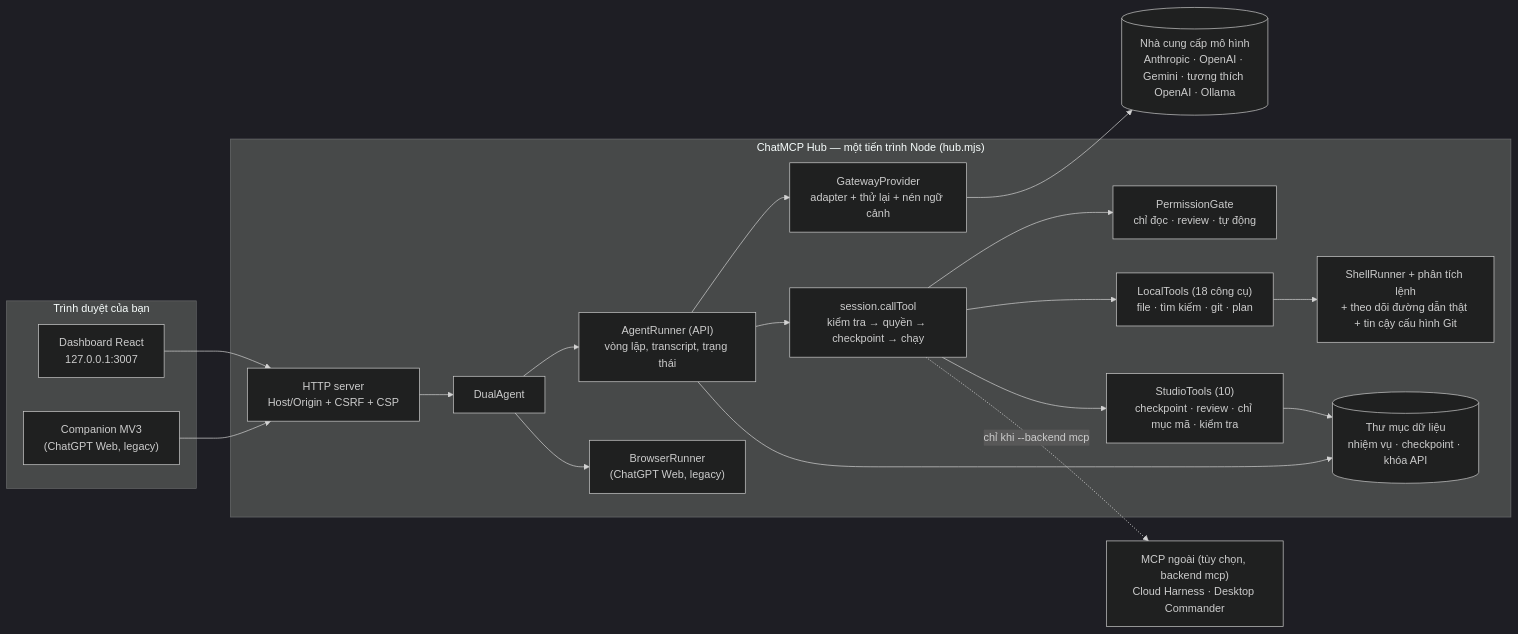
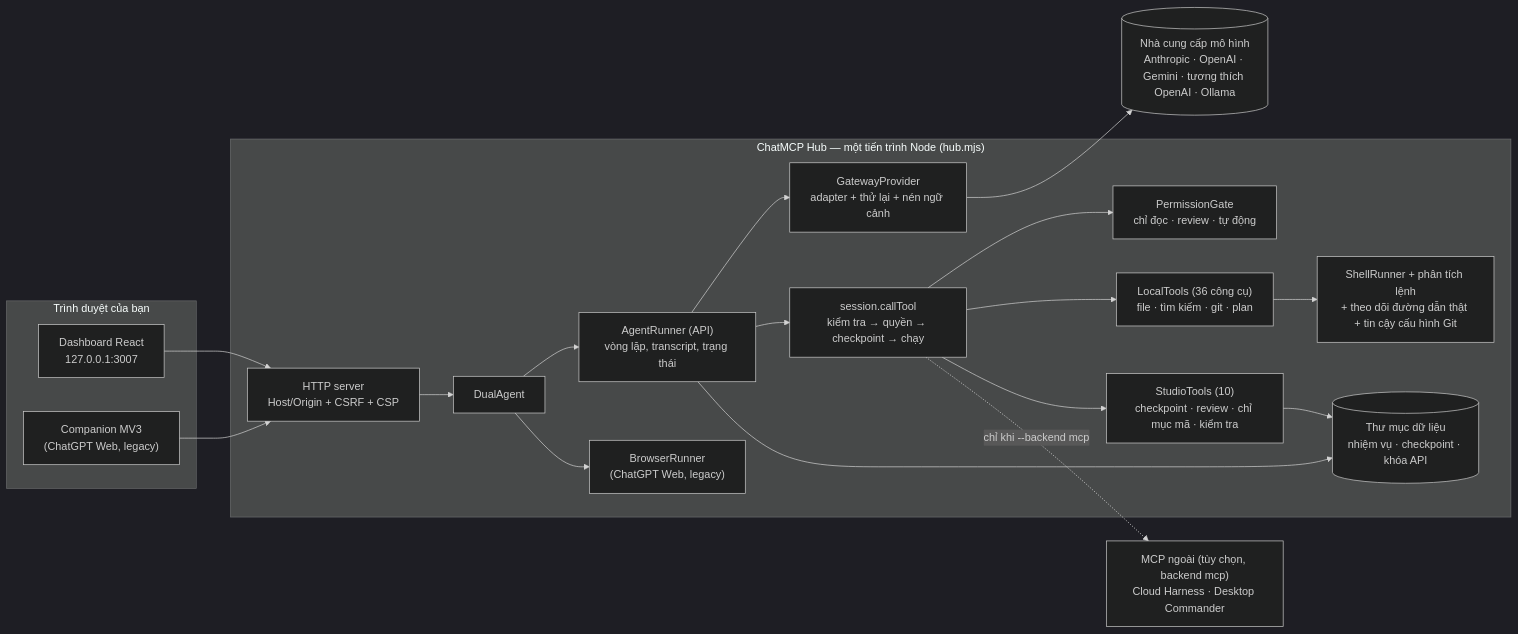
Before and after one commit to pddczpl/ChatMCP: the first of 2 diagrams in docs/ARCHITECTURE.md, drawn with Mermaid (dark theme). The commit also changed other lines of this file and 12 other files, not shown here.

Commit message:
feat: expand local tools to 36 with Cloud Harness parity and add workspace settings

````diff
--- a/docs/ARCHITECTURE.md
+++ b/docs/ARCHITECTURE.md
@@ -7,34 +7,34 @@
 ```mermaid
 flowchart LR
   subgraph Browser["Trình duyệt của bạn"]
     UI["Dashboard React<br/>127.0.0.1:3007"]
     EXT["Companion MV3<br/>(ChatGPT Web, legacy)"]
   end
   subgraph Hub["ChatMCP Hub — một tiến trình Node (hub.mjs)"]
     HTTP["HTTP server<br/>Host/Origin + CSRF + CSP"]
     DUAL["DualAgent"]
     RUN["AgentRunner (API)<br/>vòng lặp, transcript, trạng thái"]
     WEB["BrowserRunner<br/>(ChatGPT Web, legacy)"]
     PROV["GatewayProvider<br/>adapter + thử lại + nén ngữ cảnh"]
     CALL["session.callTool<br/>kiểm tra → quyền → checkpoint → chạy"]
     GATE["PermissionGate<br/>chỉ đọc · review · tự động"]
-    LOCAL["LocalTools (18 công cụ)<br/>file · tìm kiếm · git · plan"]
+    LOCAL["LocalTools (36 công cụ)<br/>file · tìm kiếm · git · plan"]
     SHELL["ShellRunner + phân tích lệnh<br/>+ theo dõi đường dẫn thật + tin cậy cấu hình Git"]
     STUDIO["StudioTools (10)<br/>checkpoint · review · chỉ mục mã · kiểm tra"]
     STATE[("Thư mục dữ liệu<br/>nhiệm vụ · checkpoint · khóa API")]
   end
   MCP["MCP ngoài (tùy chọn, backend mcp)<br/>Cloud Harness · Desktop Commander"]
   LLM[("Nhà cung cấp mô hình<br/>Anthropic · OpenAI · Gemini · tương thích OpenAI · Ollama")]
   UI --> HTTP
   EXT --> HTTP
   HTTP --> DUAL
   DUAL --> RUN
   DUAL --> WEB
   RUN --> PROV --> LLM
   RUN --> CALL --> GATE
   CALL --> LOCAL --> SHELL
   CALL --> STUDIO
   CALL -. "chỉ khi --backend mcp" .-> MCP
   RUN --> STATE
   STUDIO --> STATE
 ```
````
